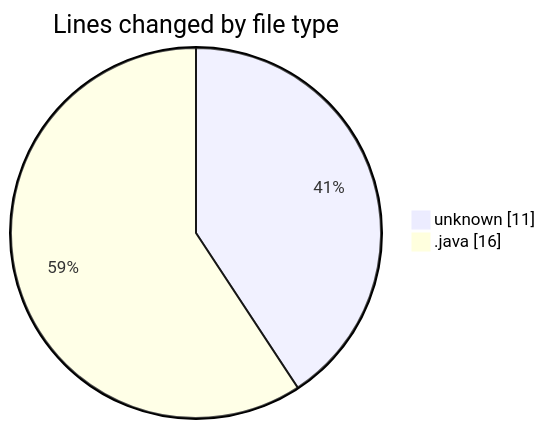
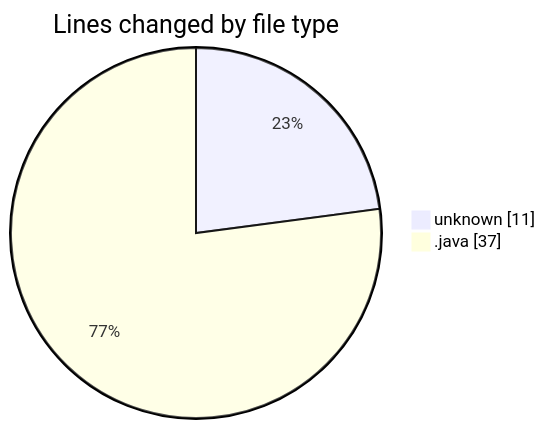
The first of 2 diagrams in 2026-04-12/chatserver/README.md (hasnaa123/code-tracking), drawn with Mermaid before and after one commit. The commit also changed other lines of this file and 1 other file, not shown here.

````diff
--- a/2026-04-12/chatserver/README.md
+++ b/2026-04-12/chatserver/README.md
@@ -22,6 +22,6 @@
 ```mermaid
 pie showData
 title Lines changed by file type
 "unknown" : 11
-".java" : 16
+".java" : 37
 ```
````
